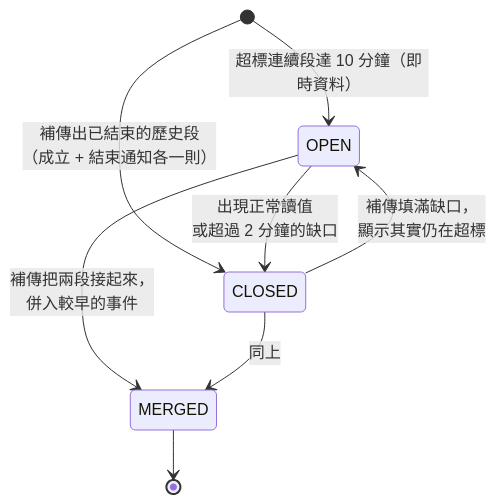
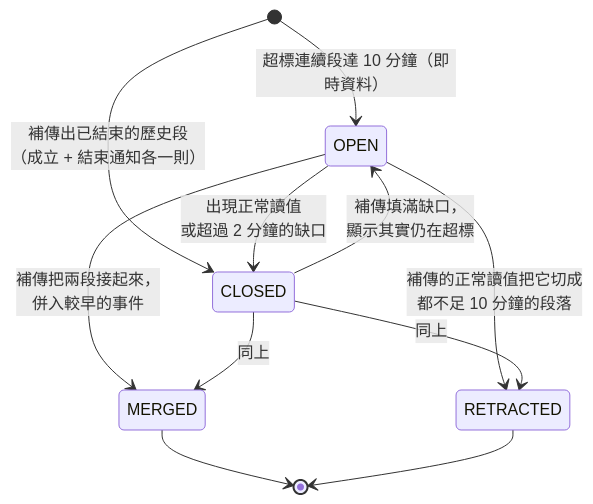
One commit to hn83320589/ColdTrace changed the second of 3 diagrams in docs/tutorial/02-system-analysis.md. Above: the diagram before and after it, drawn with Mermaid. The commit also changed 8 other files, not shown here.

````diff
--- a/docs/tutorial/02-system-analysis.md
+++ b/docs/tutorial/02-system-analysis.md
@@ -135,10 +135,13 @@
 ```mermaid
 stateDiagram-v2
     [*] --> OPEN : 超標連續段達 10 分鐘（即時資料）
     [*] --> CLOSED : 補傳出已結束的歷史段<br/>（成立 + 結束通知各一則）
     OPEN --> CLOSED : 出現正常讀值<br/>或超過 2 分鐘的缺口
     CLOSED --> OPEN : 補傳填滿缺口，<br/>顯示其實仍在超標
     OPEN --> MERGED : 補傳把兩段接起來，<br/>併入較早的事件
     CLOSED --> MERGED : 同上
+    OPEN --> RETRACTED : 補傳的正常讀值把它切成<br/>都不足 10 分鐘的段落
+    CLOSED --> RETRACTED : 同上
     MERGED --> [*]
+    RETRACTED --> [*]
 ```
````
